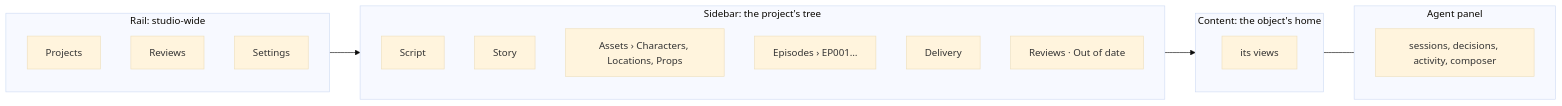
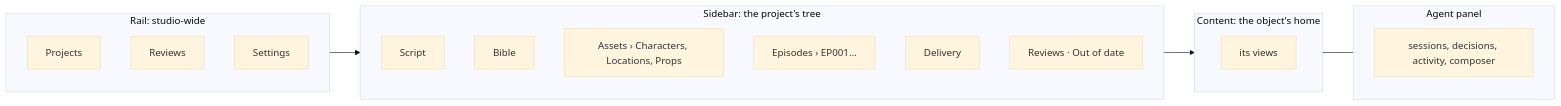
The diagram in docs/studio/information-architecture.md (PineComputer/open-pinedrama), drawn with Mermaid (base theme) before and after one commit. The commit also changed other lines of this file and 4 other files, not shown here.

First line of the commit message:
docs: Codex round 4, C: Bible and Canvas in the active docs' diagrams and D64's mapping; screenplay validate in SPEC

````diff
--- a/docs/studio/information-architecture.md
+++ b/docs/studio/information-architecture.md
@@ -46,24 +46,24 @@
 ```mermaid
 flowchart LR
   subgraph Rail["Rail: studio-wide"]
     R1[Projects]
     R2[Reviews]
     R3[Settings]
   end
   subgraph Tree["Sidebar: the project's tree"]
     T1[Script]
-    T2[Story]
+    T2[Bible]
     T3["Assets › Characters, Locations, Props"]
     T4["Episodes › EP001…"]
     T5[Delivery]
     T6[Reviews · Out of date]
   end
   subgraph Content["Content: the object's home"]
     C1[its views]
   end
   subgraph Agent["Agent panel"]
     A1[sessions, decisions, activity, composer]
   end
   Rail --> Tree --> Content
   Content --- Agent
 ```
````
